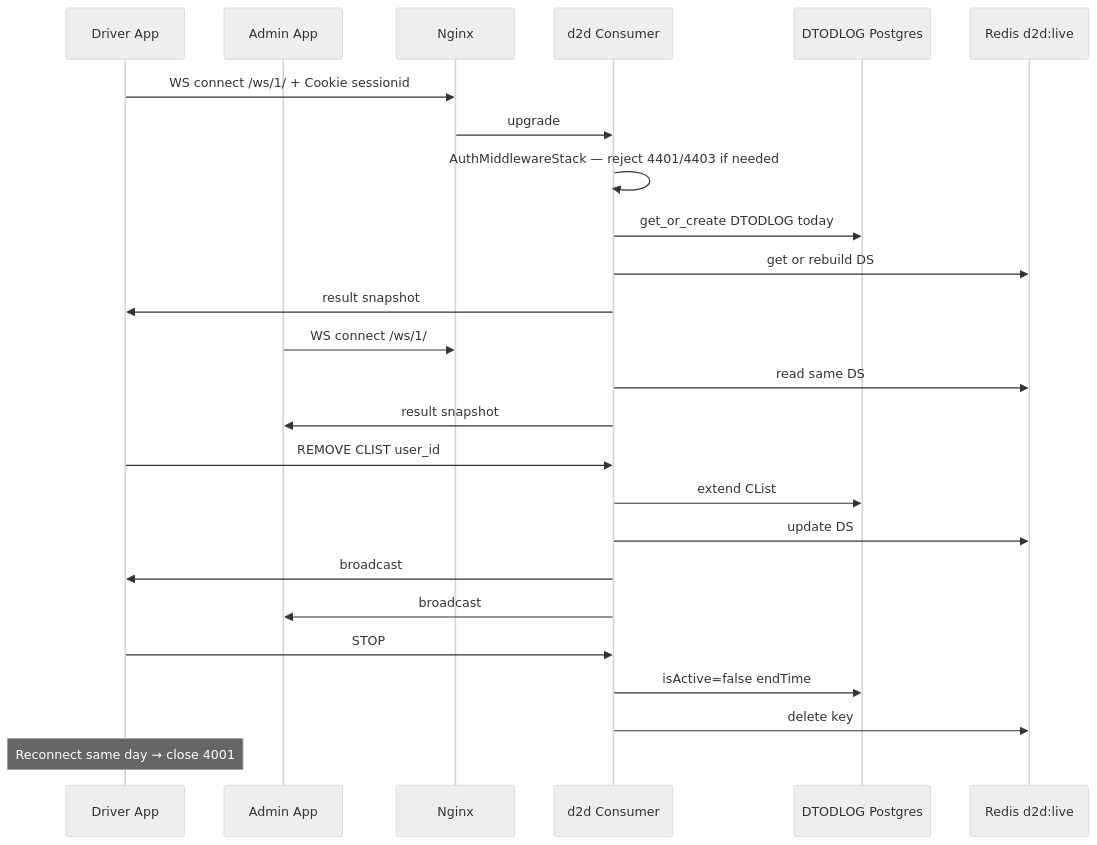
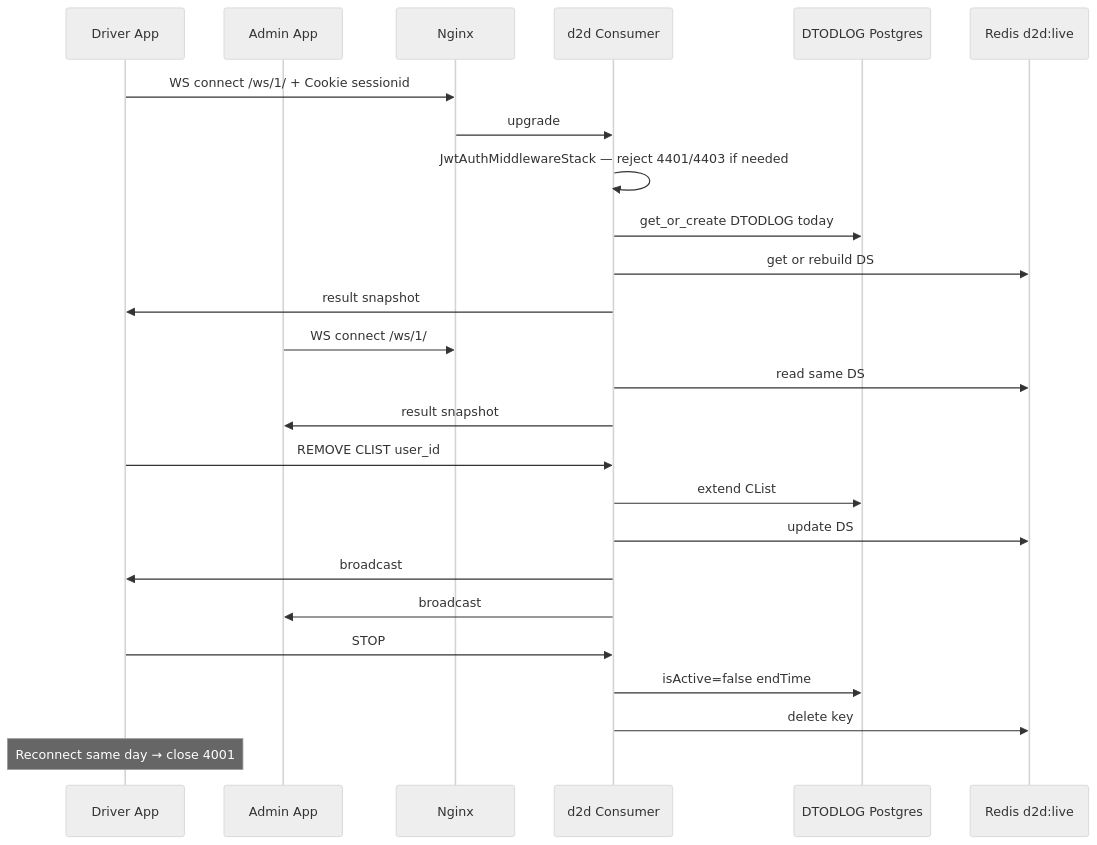
The third of 8 diagrams in docs/INTEGRATION.md (professorbhakta/cts_beta), drawn with Mermaid (neutral theme) before and after one commit. The commit also changed other lines of this file and 157 other files, not shown here.

````diff
--- a/docs/INTEGRATION.md
+++ b/docs/INTEGRATION.md
@@ -112,31 +112,31 @@
 ```mermaid
 sequenceDiagram
   participant Driver as Driver App
   participant Admin as Admin App
   participant Nginx
   participant Consumer as d2d Consumer
   participant DB as DTODLOG Postgres
   participant Live as Redis d2d:live
 
   Driver->>Nginx: WS connect /ws/1/ + Cookie sessionid
   Nginx->>Consumer: upgrade
-  Consumer->>Consumer: AuthMiddlewareStack — reject 4401/4403 if needed
+  Consumer->>Consumer: JwtAuthMiddlewareStack — reject 4401/4403 if needed
   Consumer->>DB: get_or_create DTODLOG today
   Consumer->>Live: get or rebuild DS
   Consumer->>Driver: result snapshot
 
   Admin->>Nginx: WS connect /ws/1/
   Consumer->>Live: read same DS
   Consumer->>Admin: result snapshot
 
   Driver->>Consumer: REMOVE CLIST user_id
   Consumer->>DB: extend CList
   Consumer->>Live: update DS
   Consumer->>Driver: broadcast
   Consumer->>Admin: broadcast
 
   Driver->>Consumer: STOP
   Consumer->>DB: isActive=false endTime
   Consumer->>Live: delete key
   Note over Driver: Reconnect same day → close 4001
 ```
````
